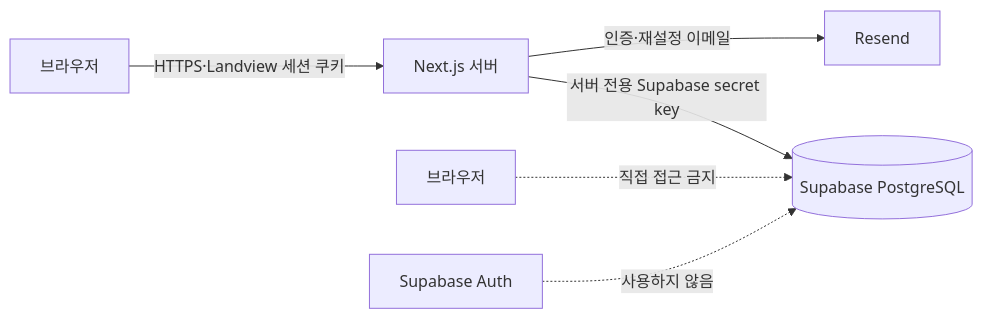
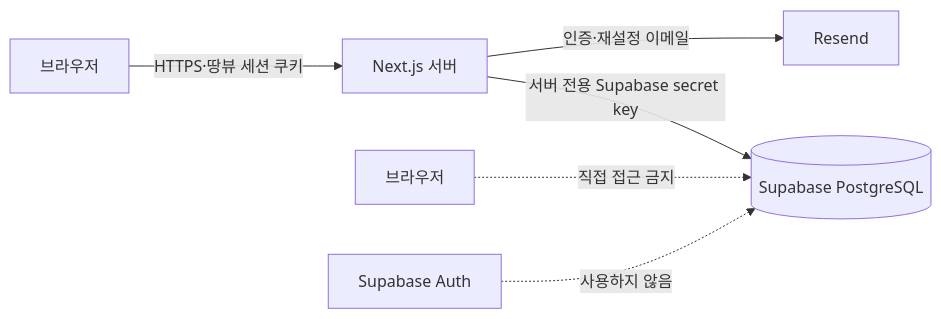
The diagram in docs/auth-review-implementation-plan.md (posiv-lab/landview), drawn with Mermaid before and after one commit. The commit also changed other lines of this file and 36 other files, not shown here.

````diff
--- a/docs/auth-review-implementation-plan.md
+++ b/docs/auth-review-implementation-plan.md
@@ -22,9 +22,9 @@
 ```mermaid
 flowchart LR
-    B[브라우저] -->|HTTPS·Landview 세션 쿠키| N[Next.js 서버]
+    B[브라우저] -->|HTTPS·땅뷰 세션 쿠키| N[Next.js 서버]
     N -->|서버 전용 Supabase secret key| S[(Supabase PostgreSQL)]
     N -->|인증·재설정 이메일| R[Resend]
 
     X[브라우저] -. 직접 접근 금지 .-> S
     A[Supabase Auth] -. 사용하지 않음 .-> S
 ```
````
